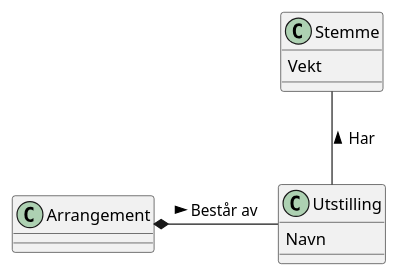
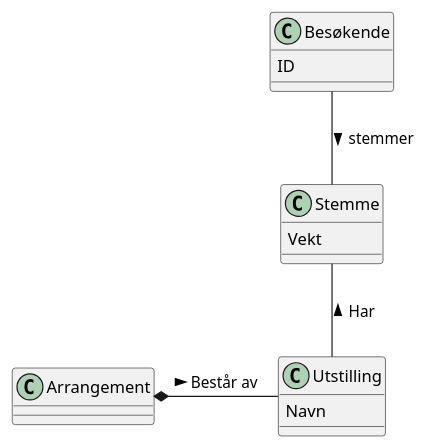
The diagram in Diagrammer/Domenemodell.puml (trulsma/DAT109_Prosjekt), drawn with PlantUML before and after one commit.

Commit message:
besøkende added to domain model

```diff
--- a/Diagrammer/Domenemodell.puml
+++ b/Diagrammer/Domenemodell.puml
@@ -1,19 +1,24 @@
 @startuml
 
 class Arrangement {
 }
 
 class Utstilling {
     Navn
 }
 
 class Stemme {
     Vekt
 }
 
+class Besøkende{
+    ID
+}
+
+Besøkende -- Stemme : > stemmer
 
 Arrangement *- Utstilling : Består av >
 
 Stemme -- Utstilling : < Har
 
 @enduml
```
